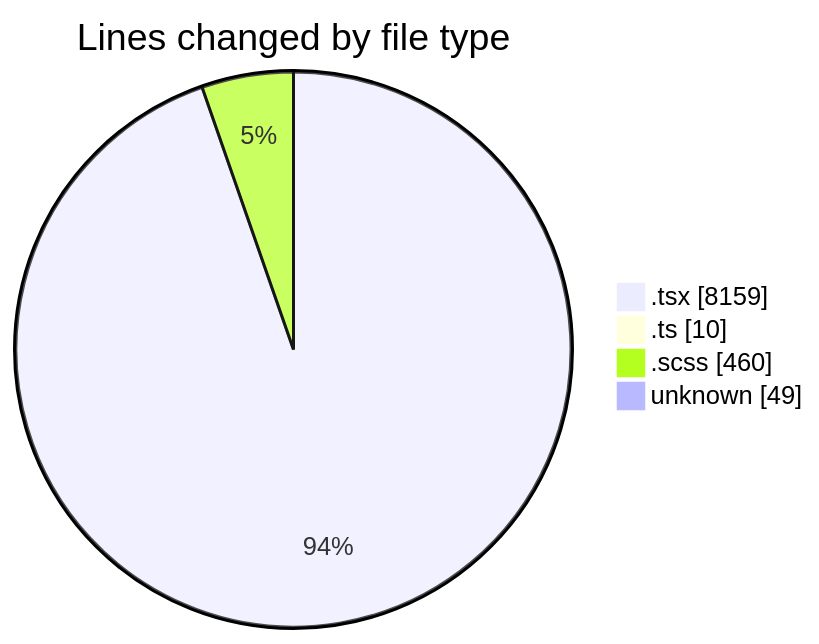
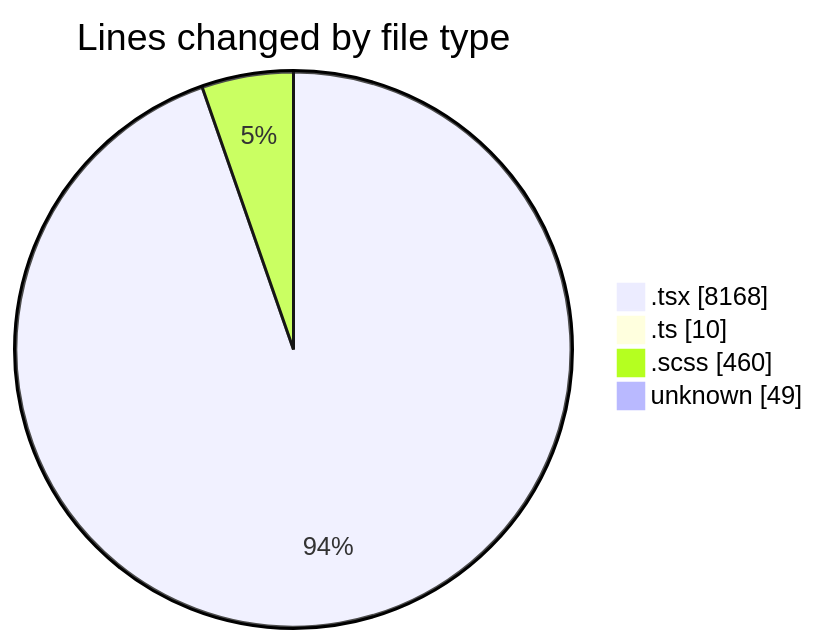
One commit to momahboobian/code-tracking changed the first of 2 diagrams in 2025-11-17/cda/README.md. Above: the diagram before and after it, drawn with Mermaid. The commit also changed other lines of this file and 1 other file, not shown here.

````diff
--- a/2025-11-17/cda/README.md
+++ b/2025-11-17/cda/README.md
@@ -35,8 +35,8 @@
 ```mermaid
 pie showData
 title Lines changed by file type
-".tsx" : 8159
+".tsx" : 8168
 ".ts" : 10
 ".scss" : 460
 "unknown" : 49
 ```
````
